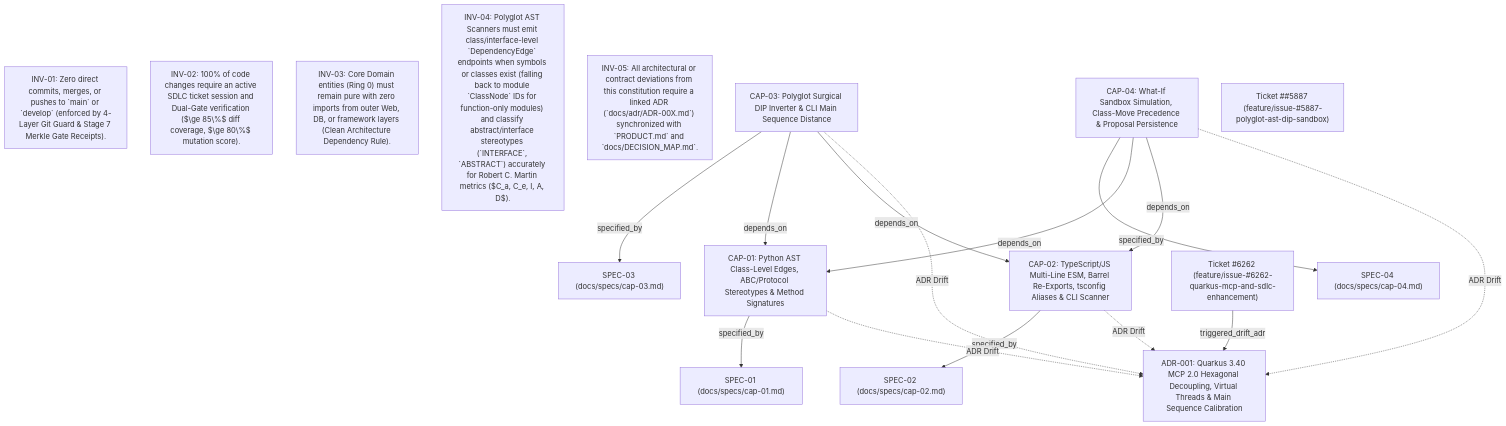
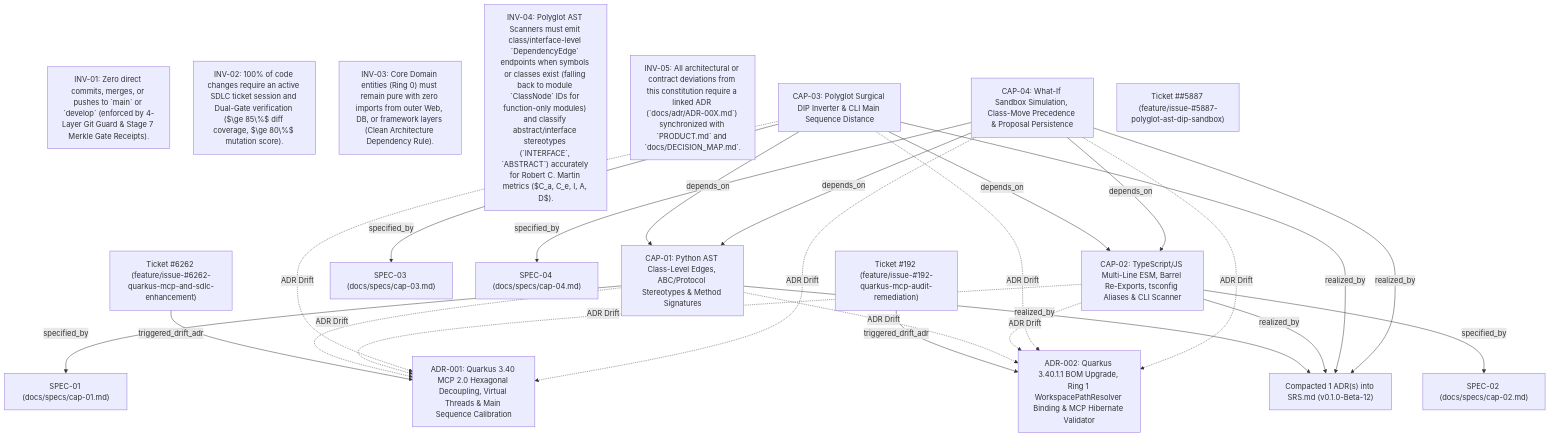
One commit to fmatar/archlens changed the diagram in docs/DECISION_MAP.md. Above: the diagram before and after it, drawn with Mermaid. The commit also changed other lines of this file and 11 other files, not shown here.

Commit message:
feat(mcp): add quarkus-mcp-server-hibernate-validator and @NotBlank constraints on MCP args (closes #192)

````diff
--- a/docs/DECISION_MAP.md
+++ b/docs/DECISION_MAP.md
@@ -9,32 +9,44 @@
 ```mermaid
 flowchart TD
   INV_01["INV-01: Zero direct commits, merges, or pushes to `main` or `develop` (enforced by 4-Layer Git Guard & Stage 7 Merkle Gate Receipts)."]
   INV_02["INV-02: 100% of code changes require an active SDLC ticket session and Dual-Gate verification ($\ge 85\%$ diff coverage, $\ge 80\%$ mutation score)."]
   INV_03["INV-03: Core Domain entities (Ring 0) must remain pure with zero imports from outer Web, DB, or framework layers (Clean Architecture Dependency Rule)."]
   INV_04["INV-04: Polyglot AST Scanners must emit class/interface-level `DependencyEdge` endpoints when symbols or classes exist (falling back to module `ClassNode` IDs for function-only modules) and classify abstract/interface stereotypes (`INTERFACE`, `ABSTRACT`) accurately for Robert C. Martin metrics ($C_a, C_e, I, A, D$)."]
   INV_05["INV-05: All architectural or contract deviations from this constitution require a linked ADR (`docs/adr/ADR-00X.md`) synchronized with `PRODUCT.md` and `docs/DECISION_MAP.md`."]
   CAP_01["CAP-01: Python AST Class-Level Edges, ABC/Protocol Stereotypes & Method Signatures"]
   SPEC_01["SPEC-01 (docs/specs/cap-01.md)"]
   CAP_02["CAP-02: TypeScript/JS Multi-Line ESM, Barrel Re-Exports, tsconfig Aliases & CLI Scanner"]
   SPEC_02["SPEC-02 (docs/specs/cap-02.md)"]
   CAP_03["CAP-03: Polyglot Surgical DIP Inverter & CLI Main Sequence Distance"]
   SPEC_03["SPEC-03 (docs/specs/cap-03.md)"]
   CAP_04["CAP-04: What-If Sandbox Simulation, Class-Move Precedence & Proposal Persistence"]
   SPEC_04["SPEC-04 (docs/specs/cap-04.md)"]
   ADR_001["ADR-001: Quarkus 3.40 MCP 2.0 Hexagonal Decoupling, Virtual Threads & Main Sequence Calibration"]
   _6262["Ticket #6262 (feature/issue-#6262-quarkus-mcp-and-sdlc-enhancement)"]
+  ADR_002["ADR-002: Quarkus 3.40.1.1 BOM Upgrade, Ring 1 WorkspacePathResolver Binding & MCP Hibernate Validator"]
+  _192["Ticket #192 (feature/issue-#192-quarkus-mcp-audit-remediation)"]
+  ADR_COMPACT_v0_1_0_Beta_12["Compacted 1 ADR(s) into SRS.md (v0.1.0-Beta-12)"]
   __5887["Ticket ##5887 (feature/issue-#5887-polyglot-ast-dip-sandbox)"]
   CAP_01 -->|specified_by| SPEC_01
   CAP_02 -->|specified_by| SPEC_02
   CAP_03 -->|specified_by| SPEC_03
   CAP_03 -->|depends_on| CAP_01
   CAP_03 -->|depends_on| CAP_02
   CAP_04 -->|specified_by| SPEC_04
   CAP_04 -->|depends_on| CAP_01
   CAP_04 -->|depends_on| CAP_02
   _6262 -->|triggered_drift_adr| ADR_001
   CAP_01 -.->|ADR Drift| ADR_001
   CAP_02 -.->|ADR Drift| ADR_001
   CAP_03 -.->|ADR Drift| ADR_001
   CAP_04 -.->|ADR Drift| ADR_001
+  _192 -->|triggered_drift_adr| ADR_002
+  CAP_01 -.->|ADR Drift| ADR_002
+  CAP_02 -.->|ADR Drift| ADR_002
+  CAP_03 -.->|ADR Drift| ADR_002
+  CAP_04 -.->|ADR Drift| ADR_002
+  CAP_01 -->|realized_by| ADR_COMPACT_v0_1_0_Beta_12
+  CAP_02 -->|realized_by| ADR_COMPACT_v0_1_0_Beta_12
+  CAP_03 -->|realized_by| ADR_COMPACT_v0_1_0_Beta_12
+  CAP_04 -->|realized_by| ADR_COMPACT_v0_1_0_Beta_12
 ```
````
